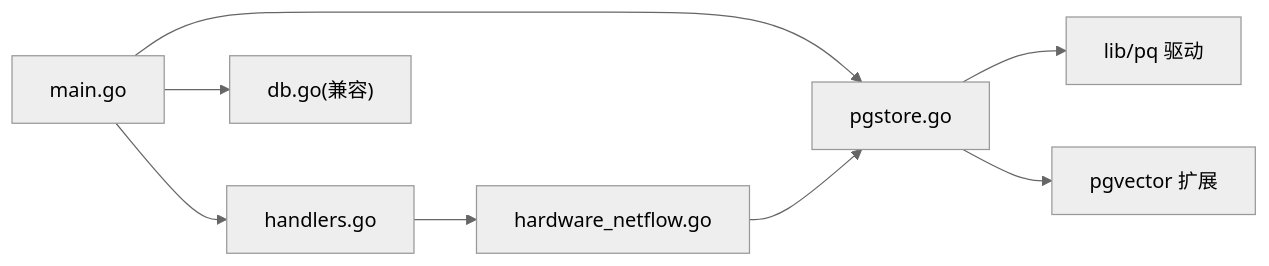
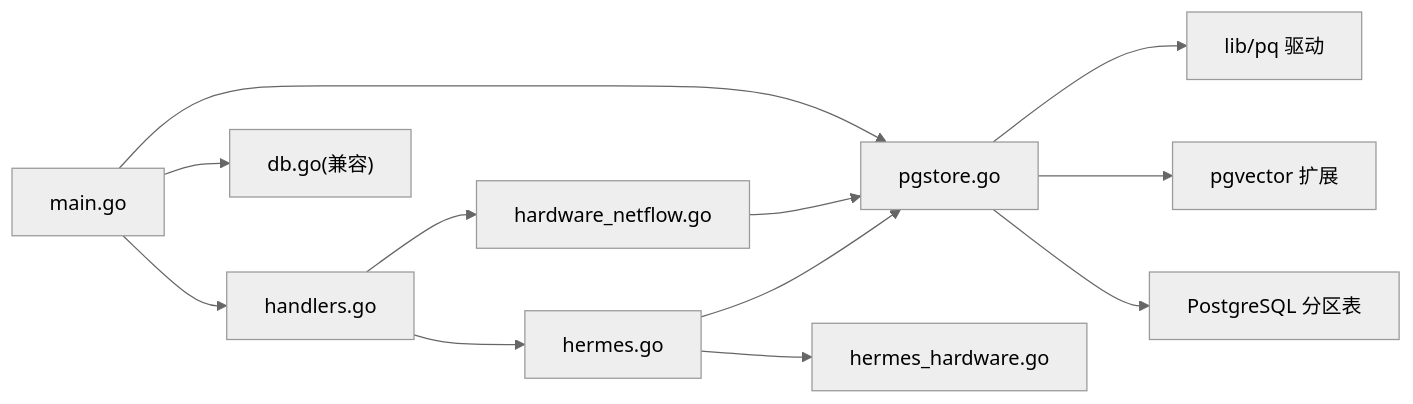
The eighth of 8 diagrams in .qoder/repowiki/zh/content/架构设计/服务端架构/存储层架构/PostgreSQL 持久化集成.md (sreyun/aiops-monitor), drawn with Mermaid (neutral theme) before and after one commit. The commit also changed other lines of this file and 41 other files, not shown here.

````diff
--- a/.qoder/repowiki/zh/content/架构设计/服务端架构/存储层架构/PostgreSQL 持久化集成.md
+++ b/.qoder/repowiki/zh/content/架构设计/服务端架构/存储层架构/PostgreSQL 持久化集成.md
@@ -587,10 +796,14 @@
 ```mermaid
 graph LR
 MAIN["main.go"] --> PGSTORE["pgstore.go"]
 MAIN --> HANDLERS["handlers.go"]
 HANDLERS --> HWNETFLOW["hardware_netflow.go"]
+HANDLERS --> HERMES["hermes.go"]
+HERMES --> HERMES_HW["hermes_hardware.go"]
 HWNETFLOW --> PGSTORE
+HERMES --> PGSTORE
 PGSTORE --> PQ["lib/pq 驱动"]
 PGSTORE --> PGEXT["pgvector 扩展"]
+PGSTORE --> PGPART["PostgreSQL 分区表"]
 MAIN --> DBSNAP["db.go(兼容)"]
 ```
````
